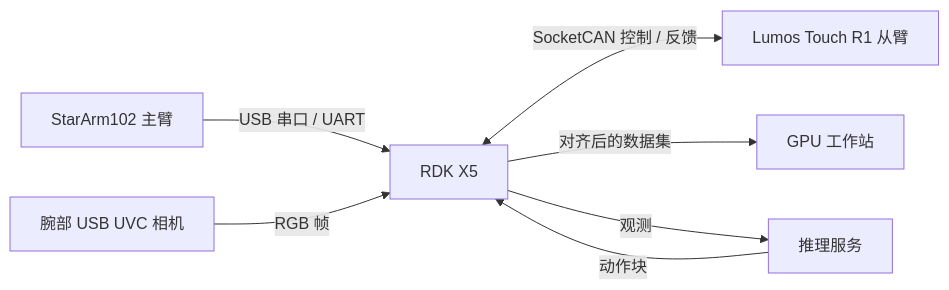
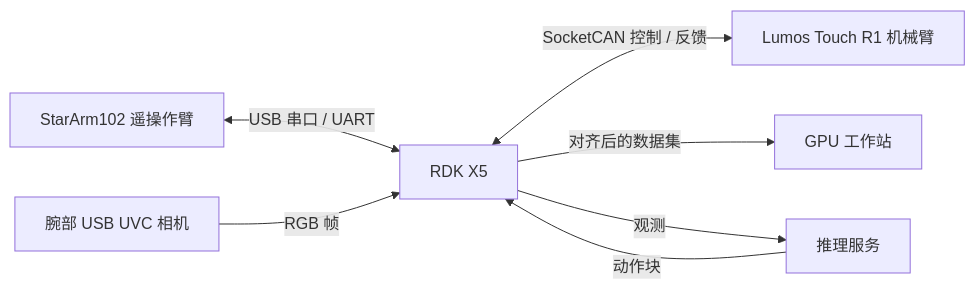
One commit to Edge-Intelligence-Lab/lumos-runtime changed the diagram in docs/architecture.md. Above: the diagram before and after it, drawn with Mermaid. The commit also changed other lines of this file and 11 other files, not shown here.

````diff
--- a/docs/architecture.md
+++ b/docs/architecture.md
@@ -3,9 +3,9 @@
 ```mermaid
 flowchart LR
-    Leader["StarArm102 主臂"] -- "USB 串口 / UART" --> X5["RDK X5"]
+    Leader["StarArm102 遥操作臂"] <-->|"USB 串口 / UART"| X5["RDK X5"]
     Camera["腕部 USB UVC 相机"] -- "RGB 帧" --> X5
-    X5 <-->|"SocketCAN 控制 / 反馈"| Follower["Lumos Touch R1 从臂"]
+    X5 <-->|"SocketCAN 控制 / 反馈"| Follower["Lumos Touch R1 机械臂"]
     X5 -->|"对齐后的数据集"| GPU["GPU 工作站"]
     X5 -->|"观测"| Server["推理服务"]
     Server -->|"动作块"| X5
 ```
````
